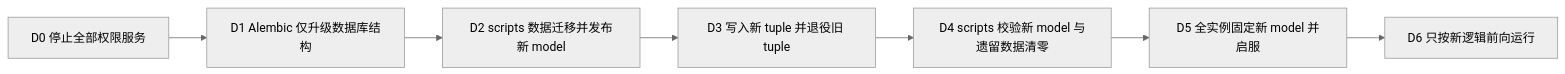
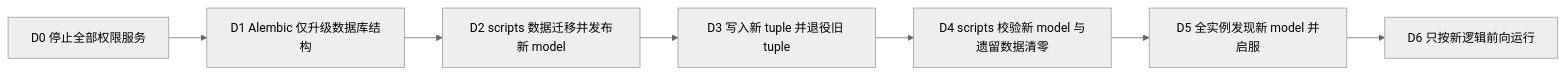
The fourth of 4 diagrams in features/v3.0.0-beta1/048-rebac-permission-model-grants/product-authorization-model-and-migration-guide.md (dataelement/bisheng), drawn with Mermaid (neutral theme) before and after one commit. The commit also changed other lines of this file and 25 other files, not shown here.

````diff
--- a/features/v3.0.0-beta1/048-rebac-permission-model-grants/product-authorization-model-and-migration-guide.md
+++ b/features/v3.0.0-beta1/048-rebac-permission-model-grants/product-authorization-model-and-migration-guide.md
@@ -773,9 +774,9 @@
 ```mermaid
 flowchart LR
     D0["D0 停止全部权限服务"] --> D1["D1 Alembic 仅升级数据库结构"]
     D1 --> D2["D2 scripts 数据迁移并发布新 model"]
     D2 --> D3["D3 写入新 tuple 并退役旧 tuple"]
     D3 --> D4["D4 scripts 校验新 model 与遗留数据清零"]
-    D4 --> D5["D5 全实例固定新 model 并启服"]
+    D4 --> D5["D5 全实例发现新 model 并启服"]
     D5 --> D6["D6 只按新逻辑前向运行"]
 ```
````
